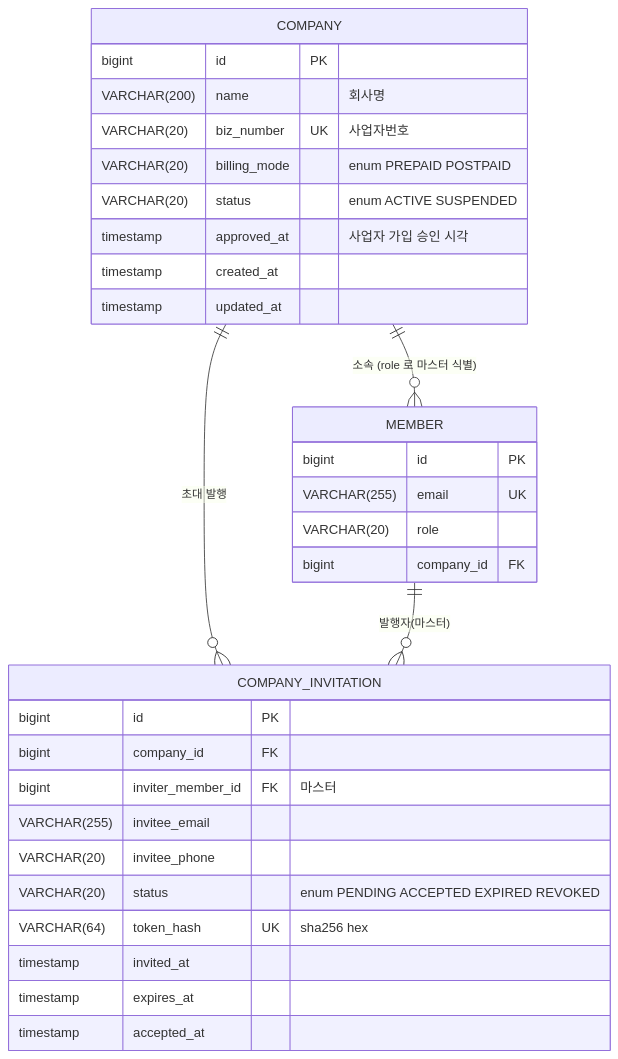
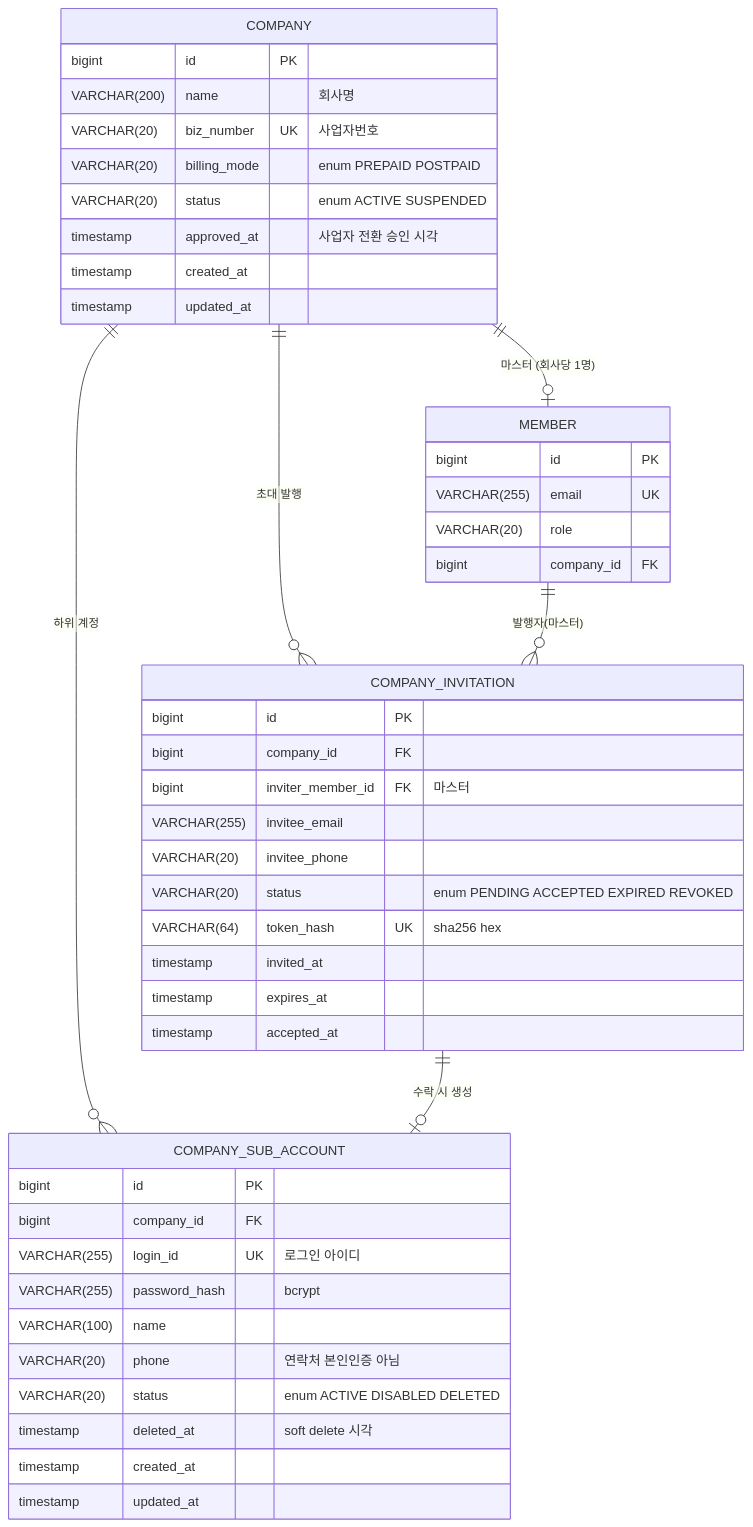
One commit to beanteacher/web-wisecan-unified changed the fifth of 26 diagrams in pm/05_DATA_MODEL.md. Above: the diagram before and after it, drawn with Mermaid. The commit also changed other lines of this file and 17 other files, not shown here.

````diff
--- a/pm/05_DATA_MODEL.md
+++ b/pm/05_DATA_MODEL.md
@@ -315,35 +360,49 @@
 ```mermaid
 %%{init: {"themeVariables": {"fontSize": "16px"}}}%%
 erDiagram
   COMPANY {
     bigint id PK
     VARCHAR(200) name "회사명"
     VARCHAR(20) biz_number UK "사업자번호"
     VARCHAR(20) billing_mode "enum PREPAID POSTPAID"
     VARCHAR(20) status "enum ACTIVE SUSPENDED"
-    timestamp approved_at "사업자 가입 승인 시각"
+    timestamp approved_at "사업자 전환 승인 시각"
     timestamp created_at
     timestamp updated_at
   }
   MEMBER {
     bigint id PK
     VARCHAR(255) email UK
     VARCHAR(20) role
     bigint company_id FK
   }
   COMPANY_INVITATION {
     bigint id PK
     bigint company_id FK
     bigint inviter_member_id FK "마스터"
     VARCHAR(255) invitee_email
     VARCHAR(20) invitee_phone
     VARCHAR(20) status "enum PENDING ACCEPTED EXPIRED REVOKED"
     VARCHAR(64) token_hash UK "sha256 hex"
     timestamp invited_at
     timestamp expires_at
     timestamp accepted_at
   }
-  COMPANY ||--o{ MEMBER : "소속 (role 로 마스터 식별)"
+  COMPANY_SUB_ACCOUNT {
+    bigint id PK
+    bigint company_id FK
+    VARCHAR(255) login_id UK "로그인 아이디"
+    VARCHAR(255) password_hash "bcrypt"
+    VARCHAR(100) name
+    VARCHAR(20) phone "연락처 본인인증 아님"
+    VARCHAR(20) status "enum ACTIVE DISABLED DELETED"
+    timestamp deleted_at "soft delete 시각"
+    timestamp created_at
+    timestamp updated_at
+  }
+  COMPANY ||--o| MEMBER : "마스터 (회사당 1명)"
+  COMPANY ||--o{ COMPANY_SUB_ACCOUNT : "하위 계정"
   COMPANY ||--o{ COMPANY_INVITATION : "초대 발행"
   MEMBER ||--o{ COMPANY_INVITATION : "발행자(마스터)"
+  COMPANY_INVITATION ||--o| COMPANY_SUB_ACCOUNT : "수락 시 생성"
 ```
````
